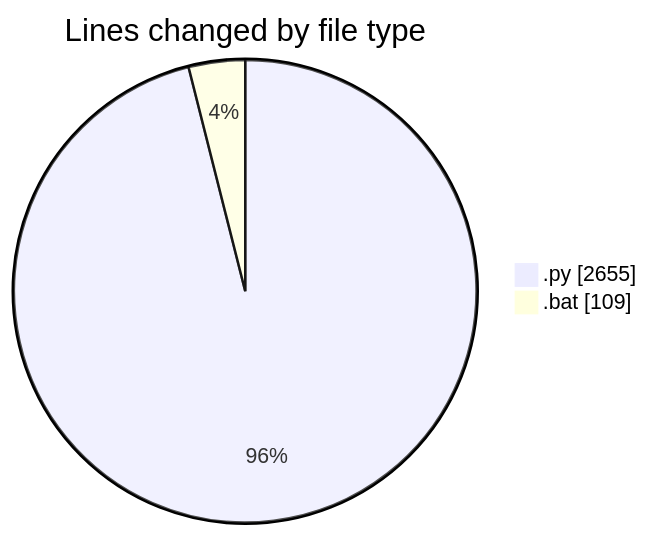
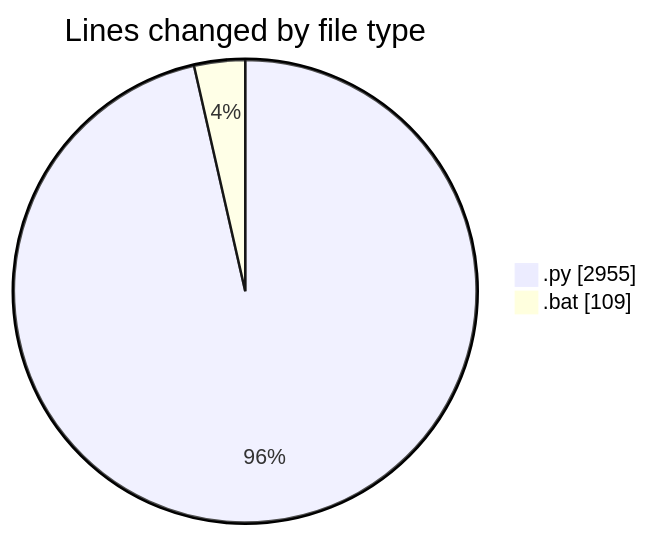
Before and after one commit to FelipKnott/code-tracking: the first of 2 diagrams in 2025-07-03/cursor/README.md, drawn with Mermaid. The commit also changed other lines of this file and 1 other file, not shown here.

````diff
--- a/2025-07-03/cursor/README.md
+++ b/2025-07-03/cursor/README.md
@@ -38,6 +38,6 @@
 ```mermaid
 pie showData
 title Lines changed by file type
-".py" : 2655
+".py" : 2955
 ".bat" : 109
 ```
````
